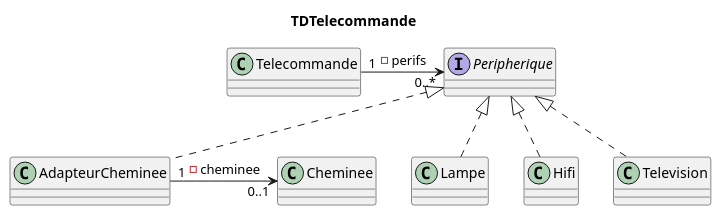
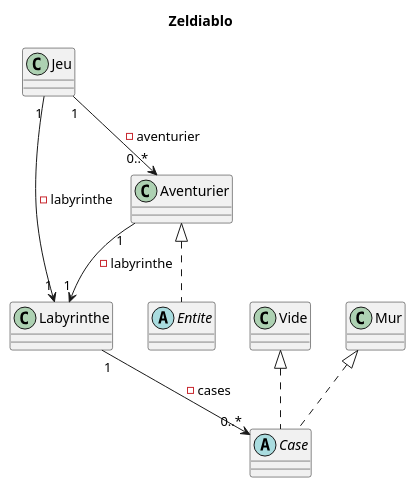
Before and after one commit to LoickNosal/2019_COO_Zeldiablo_Nosal9u_Demang146u_Sousa12u_Gsell5u: the diagram in documents/version_01/diagramme_classe/diagramme.wsd, drawn with PlantUML.

Commit message:
Diagramme de class v1

```diff
--- a/documents/version_01/diagramme_classe/diagramme.wsd
+++ b/documents/version_01/diagramme_classe/diagramme.wsd
@@ -1,43 +1,42 @@
 @startuml 
-title TDTelecommande
+title Zeldiablo
 
-class Cheminee{
+
+class Jeu {
 
 }
 
-class Telecommande{
-
-    
-}
-
-interface Peripherique{
+class Labyrinthe {
 
 }
 
-class AdapteurCheminee{
+abstract Case {
 
 }
 
-class Lampe{
+class Vide {
 
 }
 
-class Hifi{
+class Mur {
 
 }
 
-class Television{
+abstract Entite {
 
 }
 
-Peripherique <|.. Lampe
-Peripherique <|.. Television
-Peripherique <|.. Hifi
-Peripherique <|.. AdapteurCheminee
+class Aventurier {
 
-Telecommande "1" -> "0..*" Peripherique : - perifs
+}
 
-AdapteurCheminee "1" -> "0..1" Cheminee : - cheminee
+Jeu "1" --> "1" Labyrinthe : -labyrinthe
+Labyrinthe "1" --> "0..*" Case : -cases
+Jeu "1" --> "0..*" Aventurier : -aventurier
+Aventurier "1" --> "1" Labyrinthe : -labyrinthe
 
+Vide <|.. Case
+Mur <|.. Case
+Aventurier <|.. Entite
 
 @enduml
```
